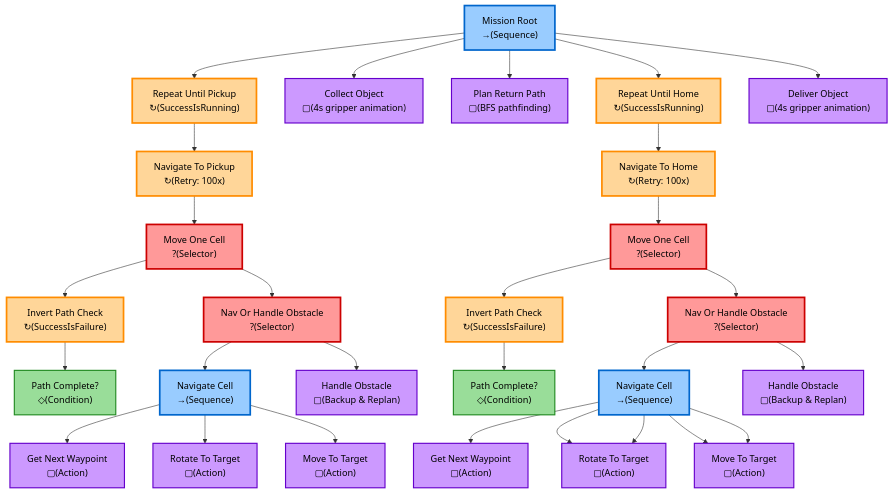
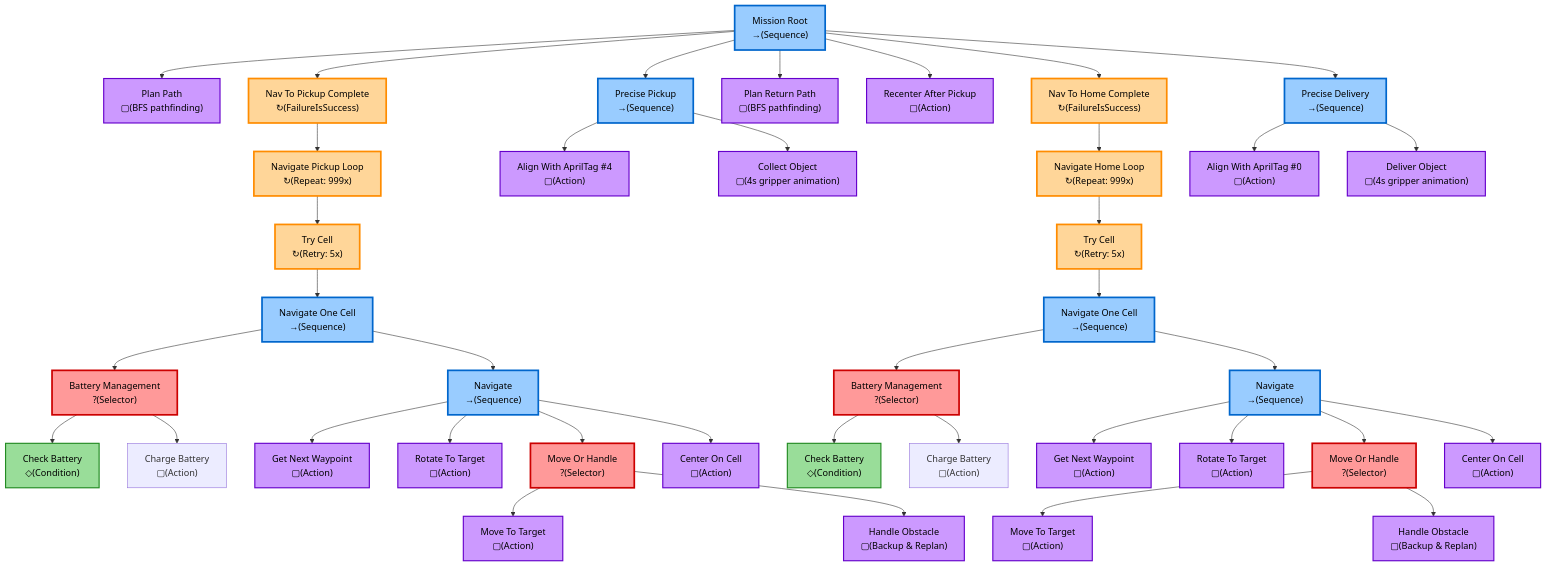
One commit to flavcaro/courier_robot changed the diagram in courier_behavior_tree.mmd. Above: the diagram before and after it, drawn with Mermaid. The commit also changed 1 other file, not shown here.

```diff
--- a/courier_behavior_tree.mmd
+++ b/courier_behavior_tree.mmd
@@ -1,93 +1,123 @@
 %% Courier Robot Behavior Tree - ACTUAL IMPLEMENTATION
-%% Generated from nav2_mission_controller_bt.py
+%% Generated from controller.py
 %% 
 %% Node Types:
 %% - Selector: ? (try children in order until one succeeds)
 %% - Sequence: → (execute children in order, fail if any fails)
 %% - Decorator: ↻ (modifies child behavior)
 %% - Condition: ◇ (check/test)
 %% - Action: ▢ (do something)
 
 flowchart TD
     Root["Mission Root<br/>→(Sequence)"]
     
+    %% Phase 0: Initial Planning
+    PlanPath["Plan Path<br/>▢(BFS pathfinding)"]
+    
     %% Phase 1: Navigate To Pickup
-    RepeatPickup["Repeat Until Pickup<br/>↻(SuccessIsRunning)"]
-    NavPickupRetry["Navigate To Pickup<br/>↻(Retry: 100x)"]
-    MoveCell1["Move One Cell<br/>?(Selector)"]
-    PathCheck1["Invert Path Check<br/>↻(SuccessIsFailure)"]
-    IsComplete1["Path Complete?<br/>◇(Condition)"]
-    NavOrHandle1["Nav Or Handle Obstacle<br/>?(Selector)"]
-    NavSeq1["Navigate Cell<br/>→(Sequence)"]
+    NavPickupComplete["Nav To Pickup Complete<br/>↻(FailureIsSuccess)"]
+    NavPickupLoop["Navigate Pickup Loop<br/>↻(Repeat: 999x)"]
+    NavPickupRetry["Try Cell<br/>↻(Retry: 5x)"]
+    NavCell1["Navigate One Cell<br/>→(Sequence)"]
+    Battery1["Battery Management<br/>?(Selector)"]
+    CheckBatt1["Check Battery<br/>◇(Condition)"]
+    ChargeBatt1["Charge Battery<br/>▢(Action)"]
+    NavSeq1["Navigate<br/>→(Sequence)"]
     GetWaypoint1["Get Next Waypoint<br/>▢(Action)"]
     Rotate1["Rotate To Target<br/>▢(Action)"]
+    MoveOrHandle1["Move Or Handle<br/>?(Selector)"]
     Move1["Move To Target<br/>▢(Action)"]
     HandleObs1["Handle Obstacle<br/>▢(Backup & Replan)"]
+    Center1["Center On Cell<br/>▢(Action)"]
     
-    %% Phase 2: Collect
+    %% Phase 2: Precise Pickup
+    PickupSeq["Precise Pickup<br/>→(Sequence)"]
+    AlignPickup["Align With AprilTag #4<br/>▢(Action)"]
     CollectObject["Collect Object<br/>▢(4s gripper animation)"]
     
     %% Phase 3: Plan Return
     PlanReturn["Plan Return Path<br/>▢(BFS pathfinding)"]
     
+    %% Phase 3.5: Recenter After Pickup
+    RecenterPickup["Recenter After Pickup<br/>▢(Action)"]
+    
     %% Phase 4: Navigate Home
-    RepeatHome["Repeat Until Home<br/>↻(SuccessIsRunning)"]
-    NavHomeRetry["Navigate To Home<br/>↻(Retry: 100x)"]
-    MoveCell2["Move One Cell<br/>?(Selector)"]
-    PathCheck2["Invert Path Check<br/>↻(SuccessIsFailure)"]
-    IsComplete2["Path Complete?<br/>◇(Condition)"]
-    NavOrHandle2["Nav Or Handle Obstacle<br/>?(Selector)"]
-    NavSeq2["Navigate Cell<br/>→(Sequence)"]
+    NavHomeComplete["Nav To Home Complete<br/>↻(FailureIsSuccess)"]
+    NavHomeLoop["Navigate Home Loop<br/>↻(Repeat: 999x)"]
+    NavHomeRetry["Try Cell<br/>↻(Retry: 5x)"]
+    NavCell2["Navigate One Cell<br/>→(Sequence)"]
+    Battery2["Battery Management<br/>?(Selector)"]
+    CheckBatt2["Check Battery<br/>◇(Condition)"]
+    ChargeBatt2["Charge Battery<br/>▢(Action)"]
+    NavSeq2["Navigate<br/>→(Sequence)"]
     GetWaypoint2["Get Next Waypoint<br/>▢(Action)"]
     Rotate2["Rotate To Target<br/>▢(Action)"]
+    MoveOrHandle2["Move Or Handle<br/>?(Selector)"]
     Move2["Move To Target<br/>▢(Action)"]
     HandleObs2["Handle Obstacle<br/>▢(Backup & Replan)"]
+    Center2["Center On Cell<br/>▢(Action)"]
     
-    %% Phase 5: Deliver
-    Deliver["Deliver Object<br/>▢(4s gripper animation)"]
+    %% Phase 5: Precise Delivery
+    DeliverySeq["Precise Delivery<br/>→(Sequence)"]
+    AlignHome["Align With AprilTag #0<br/>▢(Action)"]
+    DeliverObject["Deliver Object<br/>▢(4s gripper animation)"]
     
     %% Main sequence connections
-    Root --> RepeatPickup
-    Root --> CollectObject
+    Root --> PlanPath
+    Root --> NavPickupComplete
+    Root --> PickupSeq
     Root --> PlanReturn
-    Root --> RepeatHome
-    Root --> Deliver
+    Root --> RecenterPickup
+    Root --> NavHomeComplete
+    Root --> DeliverySeq
     
     %% Navigate to Pickup structure
-    RepeatPickup --> NavPickupRetry
-    NavPickupRetry --> MoveCell1
-    MoveCell1 --> PathCheck1
-    MoveCell1 --> NavOrHandle1
-    PathCheck1 --> IsComplete1
-    NavOrHandle1 --> NavSeq1
-    NavOrHandle1 --> HandleObs1
+    NavPickupComplete --> NavPickupLoop
+    NavPickupLoop --> NavPickupRetry
+    NavPickupRetry --> NavCell1
+    NavCell1 --> Battery1
+    NavCell1 --> NavSeq1
+    Battery1 --> CheckBatt1
+    Battery1 --> ChargeBatt1
     NavSeq1 --> GetWaypoint1
     NavSeq1 --> Rotate1
-    NavSeq1 --> Move1
+    NavSeq1 --> MoveOrHandle1
+    NavSeq1 --> Center1
+    MoveOrHandle1 --> Move1
+    MoveOrHandle1 --> HandleObs1
+    
+    %% Precise Pickup structure
+    PickupSeq --> AlignPickup
+    PickupSeq --> CollectObject
     
     %% Navigate to Home structure
-    RepeatHome --> NavHomeRetry
-    NavHomeRetry --> MoveCell2
-    MoveCell2 --> PathCheck2
-    MoveCell2 --> NavOrHandle2
-    PathCheck2 --> IsComplete2
-    NavOrHandle2 --> NavSeq2
-    NavOrHandle2 --> HandleObs2
+    NavHomeComplete --> NavHomeLoop
+    NavHomeLoop --> NavHomeRetry
+    NavHomeRetry --> NavCell2
+    NavCell2 --> Battery2
+    NavCell2 --> NavSeq2
+    Battery2 --> CheckBatt2
+    Battery2 --> ChargeBatt2
     NavSeq2 --> GetWaypoint2
     NavSeq2 --> Rotate2
-    NavSeq2 --> Move2
-    NavSeq2 --> Rotate2
-    NavSeq2 --> Move2
+    NavSeq2 --> MoveOrHandle2
+    NavSeq2 --> Center2
+    MoveOrHandle2 --> Move2
+    MoveOrHandle2 --> HandleObs2
+    
+    %% Precise Delivery structure
+    DeliverySeq --> AlignHome
+    DeliverySeq --> DeliverObject
     
     %% Styling
     classDef selector fill:#FF9999,stroke:#CC0000,stroke-width:3px,color:#000
     classDef sequence fill:#99CCFF,stroke:#0066CC,stroke-width:3px,color:#000
     classDef decorator fill:#FFD699,stroke:#FF8C00,stroke-width:3px,color:#000
     classDef condition fill:#99DD99,stroke:#228B22,stroke-width:2px,color:#000
     classDef action fill:#CC99FF,stroke:#6600CC,stroke-width:2px,color:#000
     
-    class MoveCell1,MoveCell2,NavOrHandle1,NavOrHandle2 selector
-    class Root,NavSeq1,NavSeq2 sequence
-    class RepeatPickup,RepeatHome,NavPickupRetry,NavHomeRetry,PathCheck1,PathCheck2 decorator
-    class IsComplete1,IsComplete2 condition
-    class GetWaypoint1,Rotate1,Move1,HandleObs1,CollectObject,PlanReturn,GetWaypoint2,Rotate2,Move2,HandleObs2,Deliver action
+    class Battery1,Battery2,MoveOrHandle1,MoveOrHandle2 selector
+    class Root,NavCell1,NavCell2,NavSeq1,NavSeq2,PickupSeq,DeliverySeq sequence
+    class NavPickupComplete,NavPickupLoop,NavPickupRetry,NavHomeComplete,NavHomeLoop,NavHomeRetry decorator
+    class CheckBatt1,CheckBatt2 condition
+    class PlanPath,GetWaypoint1,Rotate1,Move1,HandleObs1,Center1,AlignPickup,CollectObject,PlanReturn,RecenterPickup,GetWaypoint2,Rotate2,Move2,HandleObs2,Center2,AlignHome,DeliverObject action
```
